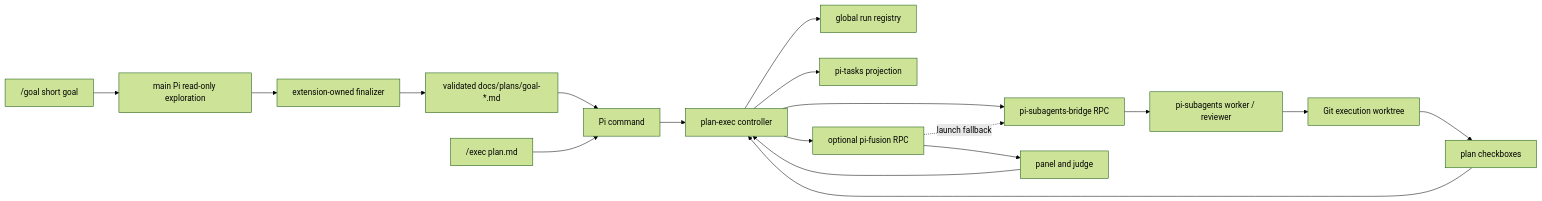
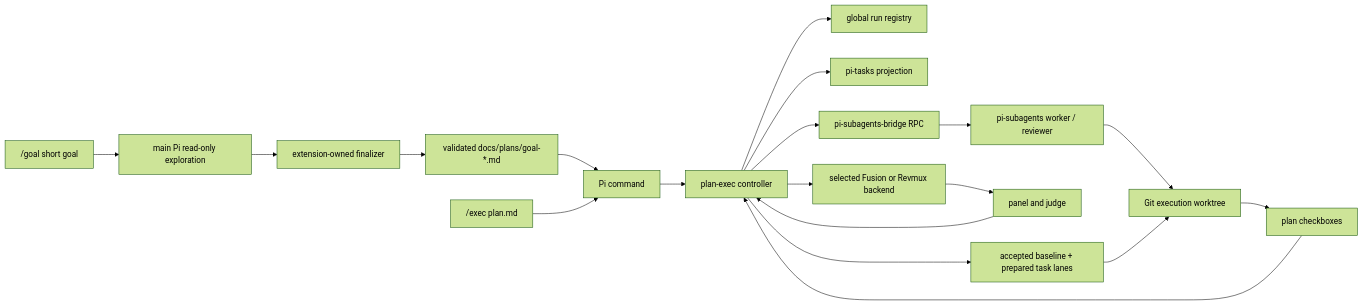
The diagram in docs/architecture.md (alexei-led/pi-plan-exec), drawn with Mermaid (forest theme) before and after one commit. The commit also changed other lines of this file and 6 other files, not shown here.

````diff
--- a/docs/architecture.md
+++ b/docs/architecture.md
@@ -48,20 +57,21 @@
 ```mermaid
 flowchart LR
     goal["/goal short goal"] --> explore["main Pi read-only exploration"]
     explore --> finalizer["extension-owned finalizer"]
     finalizer --> prepared["validated docs/plans/goal-*.md"]
     prepared --> command
     user["/exec plan.md"] --> command[Pi command]
     command --> controller[plan-exec controller]
     controller --> registry["global run registry"]
     controller --> projection[pi-tasks projection]
     controller --> bridge[pi-subagents-bridge RPC]
     bridge --> agents["pi-subagents worker / reviewer"]
-    controller --> fusion[optional pi-fusion RPC]
+    controller --> fusion[selected Fusion or Revmux backend]
     fusion --> panel[panel and judge]
-    fusion -. launch fallback .-> bridge
     agents --> worktree[Git execution worktree]
     panel --> controller
     worktree --> plan[plan checkboxes]
     plan --> controller
+    controller --> lanes[accepted baseline + prepared task lanes]
+    lanes --> worktree
 ```
````
